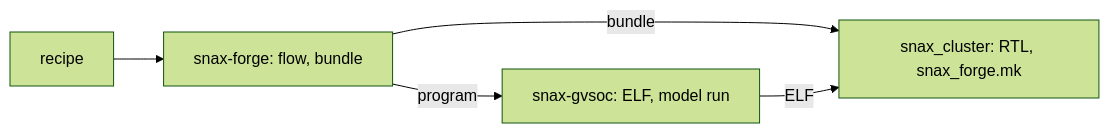
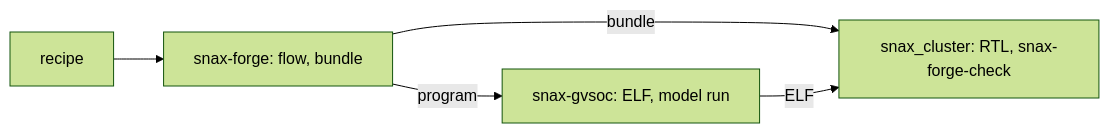
One commit to KULeuven-MICAS/snax-forge changed the diagram in README.md. Above: the diagram before and after it, drawn with Mermaid (forest theme). The commit also changed other lines of this file and 11 other files, not shown here.

First line of the commit message:
CLN2 docs: STATUS, CONTRACTS, RUN and the READMEs shortened; the local RTL check documented (#44)

````diff
--- a/README.md
+++ b/README.md
@@ -21,7 +22,7 @@
 ```mermaid
 flowchart LR
   R[recipe] --> F[snax-forge: flow, bundle]
   F -- program --> G[snax-gvsoc: ELF, model run]
-  F -- bundle --> C[snax_cluster: RTL, snax_forge.mk]
+  F -- bundle --> C[snax_cluster: RTL, snax-forge-check]
   G -- ELF --> C
 ```
````
